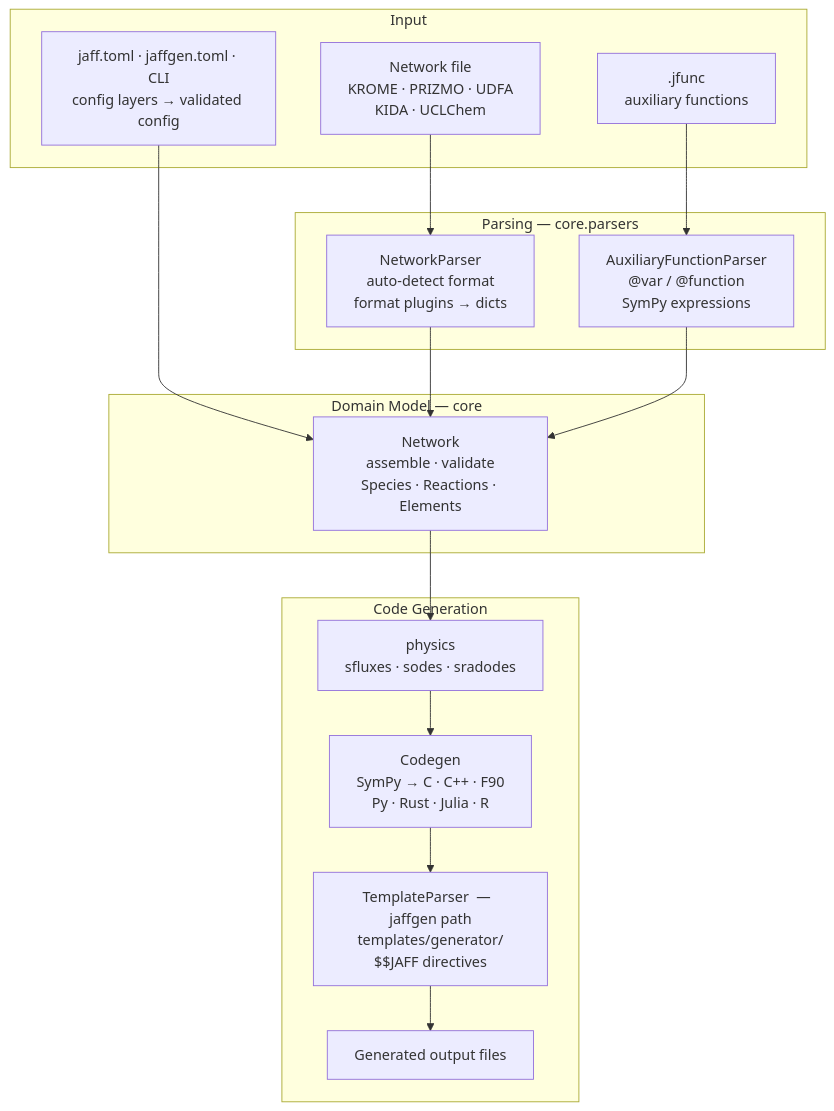
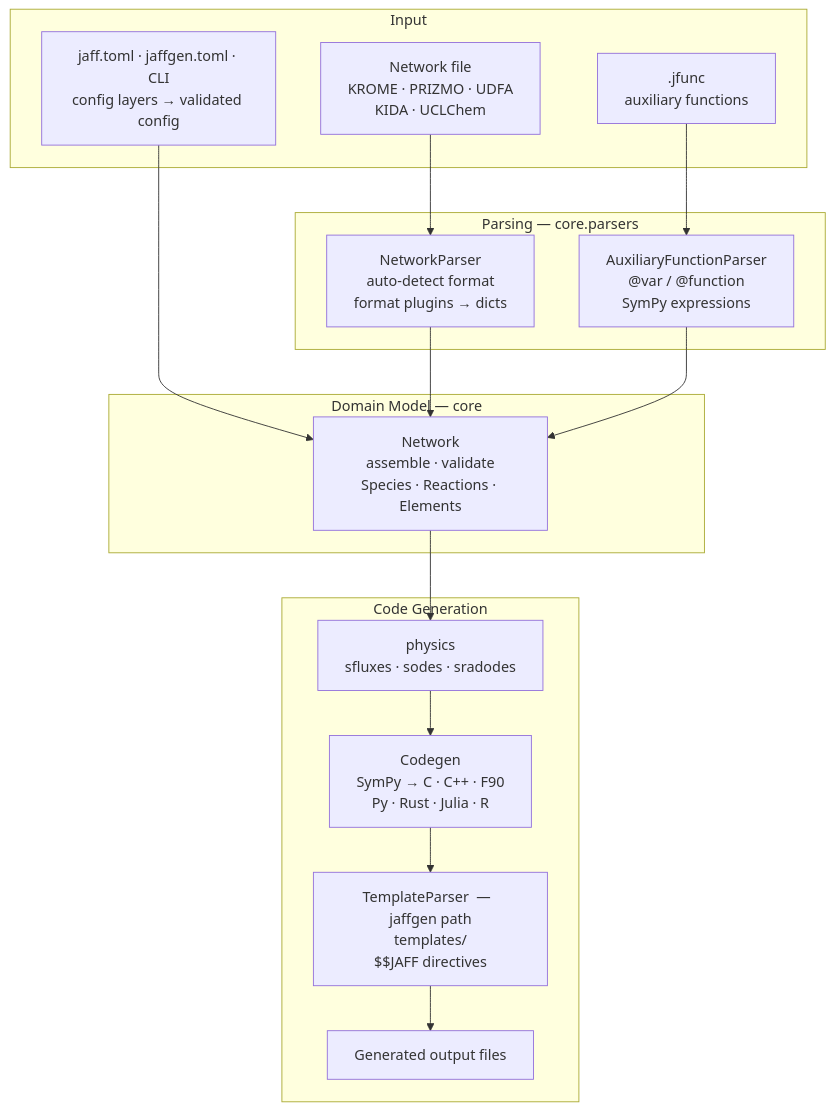
One commit to jaff-chemistry/jaff changed the diagram in docs/development/codebase-structure.md. Above: the diagram before and after it, drawn with Mermaid. The commit also changed other lines of this file and 63 other files, not shown here.

````diff
--- a/docs/development/codebase-structure.md
+++ b/docs/development/codebase-structure.md
@@ -214,36 +218,36 @@
 ```mermaid
 %%{init: {"flowchart": {"useMaxWidth": false}}}%%
 flowchart TD
     subgraph input_sg ["Input"]
         NF["Network file\nKROME · PRIZMO · UDFA\nKIDA · UCLChem"]
         JF[".jfunc\nauxiliary functions"]
         CFG["jaff.toml · jaffgen.toml · CLI\nconfig layers → validated config"]
     end
 
     subgraph parse_sg ["Parsing  —  core.parsers"]
         NE["NetworkParser\nauto-detect format\nformat plugins → dicts"]
         AE["AuxiliaryFunctionParser\n@var / @function\nSymPy expressions"]
     end
 
     subgraph model_sg ["Domain Model  —  core"]
         NET["Network\nassemble · validate\nSpecies · Reactions · Elements"]
     end
 
     subgraph codegen_sg ["Code Generation"]
         EQ["physics\nsfluxes · sodes · sradodes"]
         CG["Codegen\nSymPy → C · C++ · F90\nPy · Rust · Julia · R"]
-        TP["TemplateParser  —  jaffgen path\ntemplates/generator/\n$$JAFF directives"]
+        TP["TemplateParser  —  jaffgen path\ntemplates/\n$$JAFF directives"]
         OUT_G["Generated output files"]
     end
 
     NF --> NE
     JF --> AE
     CFG --> NET
 
     NE --> NET
     AE --> NET
 
     NET --> EQ --> CG
 
     CG --> TP --> OUT_G
 ```
````
